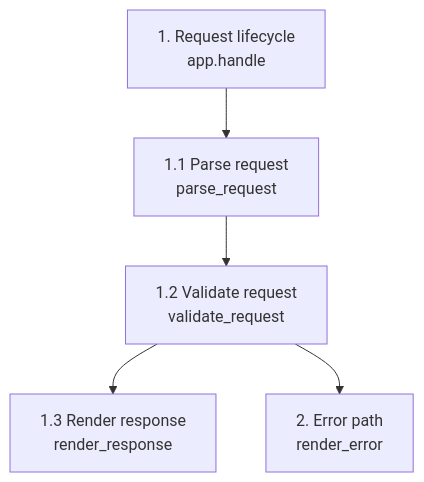
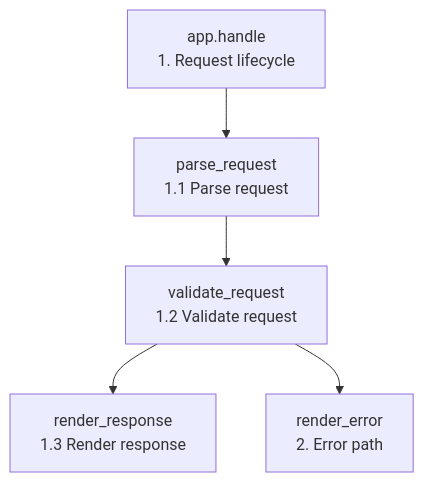
Before and after one commit to KudoLayton/code-reader.nvim: the diagram in demo/basic/.code_reader/walkthrough.md, drawn with Mermaid.

Commit message:
Reorder demo Mermaid labels

````diff
--- a/demo/basic/.code_reader/walkthrough.md
+++ b/demo/basic/.code_reader/walkthrough.md
@@ -15,7 +15,7 @@
 ```mermaid
 flowchart TD
-  Handle["1. Request lifecycle<br/>app.handle"] --> Parse["1.1 Parse request<br/>parse_request"]
-  Parse --> Validate["1.2 Validate request<br/>validate_request"]
-  Validate --> Success["1.3 Render response<br/>render_response"]
-  Validate --> Error["2. Error path<br/>render_error"]
+  Handle["app.handle<br/>1. Request lifecycle"] --> Parse["parse_request<br/>1.1 Parse request"]
+  Parse --> Validate["validate_request<br/>1.2 Validate request"]
+  Validate --> Success["render_response<br/>1.3 Render response"]
+  Validate --> Error["render_error<br/>2. Error path"]
 ```
````
